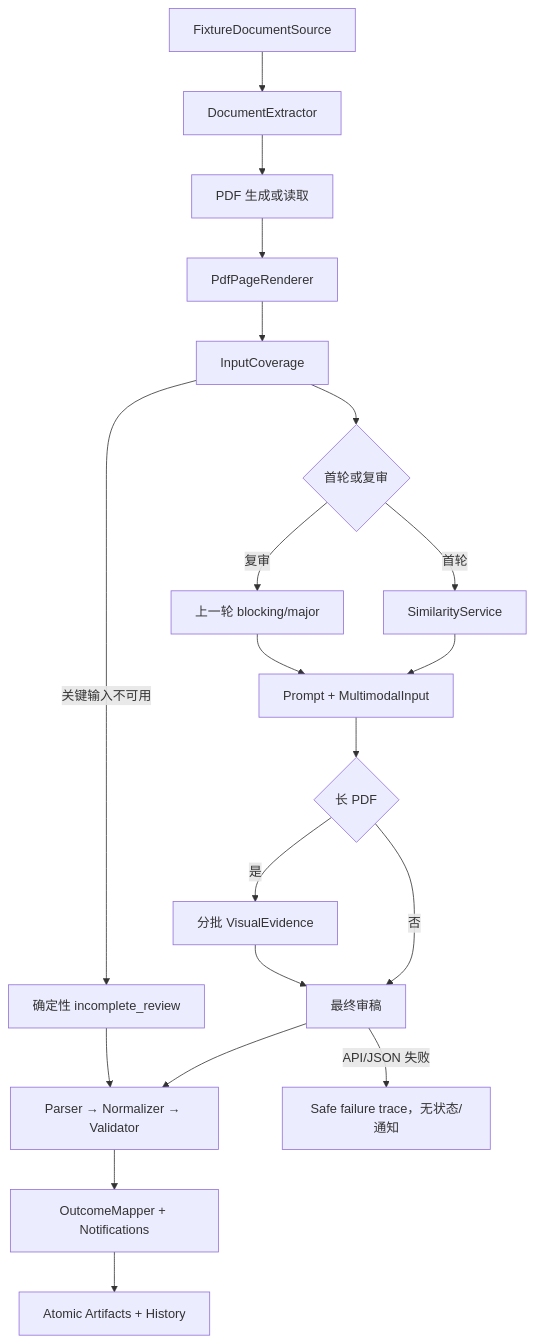
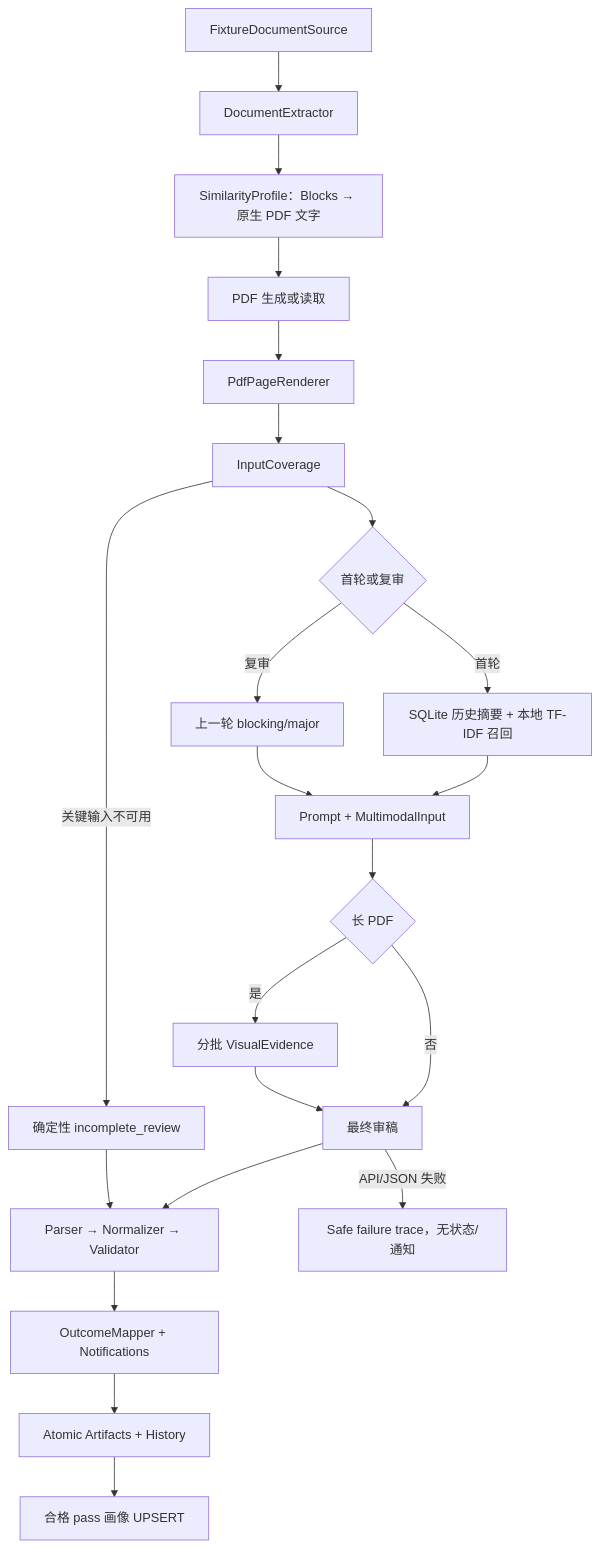
The diagram in docs/architecture.md (MuYi150/offline_feishu_agent), drawn with Mermaid before and after one commit. The commit also changed other lines of this file and 33 other files, not shown here.

````diff
--- a/docs/architecture.md
+++ b/docs/architecture.md
@@ -7,22 +7,24 @@
 ```mermaid
 flowchart TD
     F["FixtureDocumentSource"] --> E["DocumentExtractor"]
-    E --> P["PDF 生成或读取"]
+    E --> T["SimilarityProfile：Blocks → 原生 PDF 文字"]
+    T --> P["PDF 生成或读取"]
     P --> R["PdfPageRenderer"]
     R --> C["InputCoverage"]
     C --> M{"首轮或复审"}
-    M -->|首轮| S["SimilarityService"]
+    M -->|首轮| S["SQLite 历史摘要 + 本地 TF-IDF 召回"]
     M -->|复审| H["上一轮 blocking/major"]
     S --> B["Prompt + MultimodalInput"]
     H --> B
     B --> L{"长 PDF"}
     L -->|是| V["分批 VisualEvidence"]
     L -->|否| K["最终审稿"]
     V --> K
     K --> J["Parser → Normalizer → Validator"]
     J --> O["OutcomeMapper + Notifications"]
     O --> A["Atomic Artifacts + History"]
+    A --> U["合格 pass 画像 UPSERT"]
     C -->|关键输入不可用| I["确定性 incomplete_review"]
     I --> J
     K -->|API/JSON 失败| X["Safe failure trace，无状态/通知"]
 ```
````
